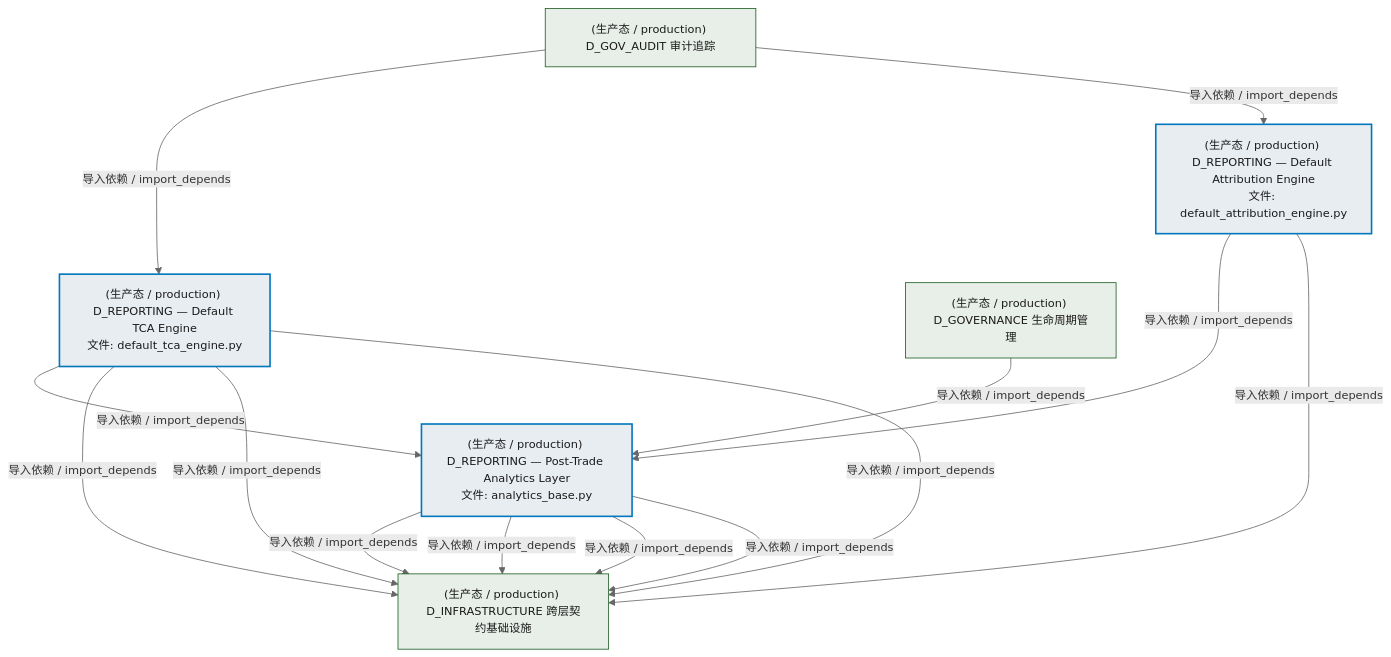
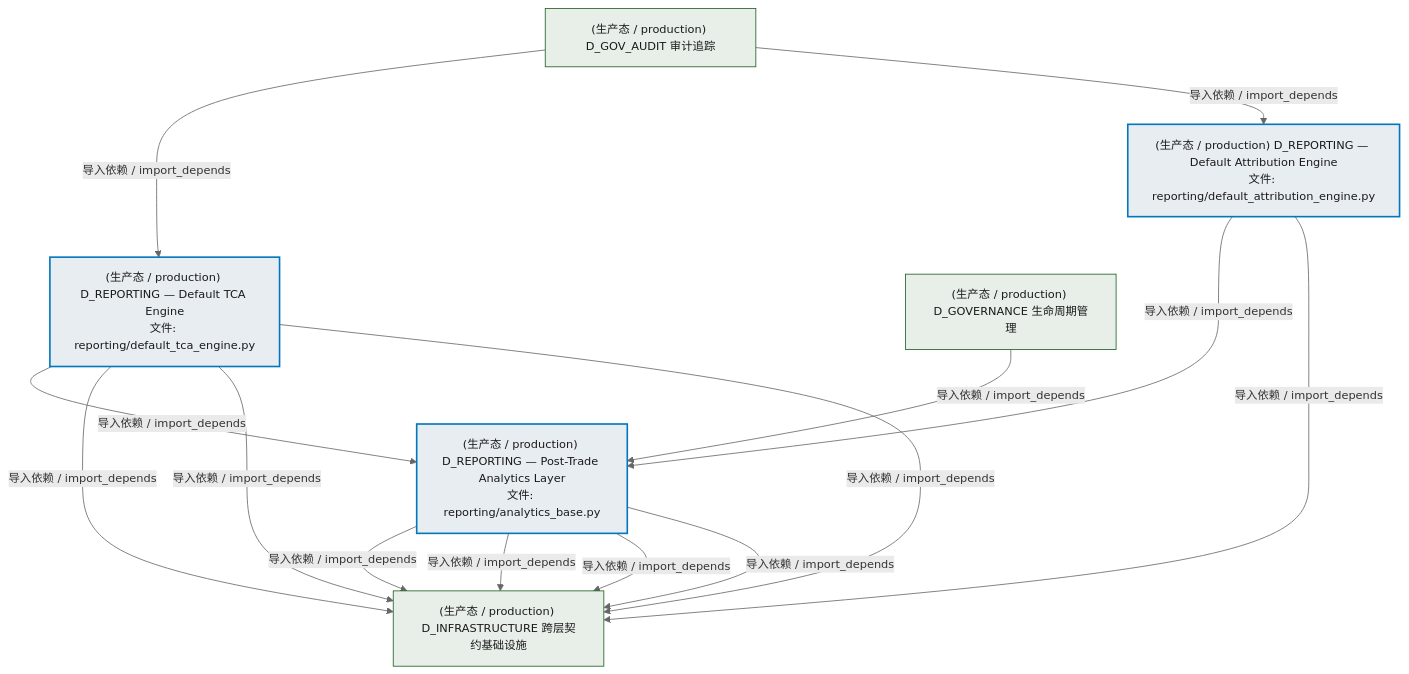
One commit to xuanFelixVan/ZephyrAlpha changed the second of 3 diagrams in docs/02_enterprise_architecture/02_domain_architecture_docs/26_d_reporting.md. Above: the diagram before and after it, drawn with Mermaid. The commit also changed other lines of this file and 63 other files, not shown here.

````diff
--- a/docs/02_enterprise_architecture/02_domain_architecture_docs/26_d_reporting.md
+++ b/docs/02_enterprise_architecture/02_domain_architecture_docs/26_d_reporting.md
@@ -98,30 +98,30 @@
 ```mermaid
 %%{init: {'theme': 'base', 'themeVariables': {'primaryColor': '#eaeaea', 'primaryTextColor': '#333333', 'primaryBorderColor': '#666666', 'lineColor': '#666666', 'secondaryColor': '#eaeaea', 'tertiaryColor': '#eaeaea', 'fontSize': '14px'}}}%%
 flowchart TD
-    src_zephyr_reporting_default_attribution_engine_py["(生产态 / production) D_REPORTING — Default Attribution Engine<br/>文件: default_attribution_engine.py"]
-    src_zephyr_reporting_default_tca_engine_py["(生产态 / production) D_REPORTING — Default TCA Engine<br/>文件: default_tca_engine.py"]
+    src_zephyr_reporting_default_attribution_engine_py["(生产态 / production) D_REPORTING — Default Attribution Engine<br/>文件: reporting/default_attribution_engine.py"]
+    src_zephyr_reporting_default_tca_engine_py["(生产态 / production) D_REPORTING — Default TCA Engine<br/>文件: reporting/default_tca_engine.py"]
     src_zephyr_reporting_default_attribution_engine_py ~~~ src_zephyr_reporting_default_tca_engine_py
-    src_zephyr_reporting_analytics_base_py["(生产态 / production) D_REPORTING — Post-Trade Analytics Layer<br/>文件: analytics_base.py"]
+    src_zephyr_reporting_analytics_base_py["(生产态 / production) D_REPORTING — Post-Trade Analytics Layer<br/>文件: reporting/analytics_base.py"]
     src_zephyr_reporting_default_tca_engine_py -->|导入依赖 / import_depends| src_zephyr_reporting_analytics_base_py
     src_zephyr_reporting_default_attribution_engine_py -->|导入依赖 / import_depends| src_zephyr_reporting_analytics_base_py
     D_INFRASTRUCTURE["(生产态 / production) D_INFRASTRUCTURE 跨层契约基础设施"]
     src_zephyr_reporting_default_tca_engine_py -->|导入依赖 / import_depends| D_INFRASTRUCTURE
     src_zephyr_reporting_analytics_base_py -->|导入依赖 / import_depends| D_INFRASTRUCTURE
     src_zephyr_reporting_default_tca_engine_py -->|导入依赖 / import_depends| D_INFRASTRUCTURE
     src_zephyr_reporting_analytics_base_py -->|导入依赖 / import_depends| D_INFRASTRUCTURE
     src_zephyr_reporting_analytics_base_py -->|导入依赖 / import_depends| D_INFRASTRUCTURE
     src_zephyr_reporting_analytics_base_py -->|导入依赖 / import_depends| D_INFRASTRUCTURE
     src_zephyr_reporting_default_attribution_engine_py -->|导入依赖 / import_depends| D_INFRASTRUCTURE
     src_zephyr_reporting_default_tca_engine_py -->|导入依赖 / import_depends| D_INFRASTRUCTURE
     D_GOV_AUDIT["(生产态 / production) D_GOV_AUDIT 审计追踪"]
     D_GOV_AUDIT -->|导入依赖 / import_depends| src_zephyr_reporting_default_tca_engine_py
     D_GOVERNANCE["(生产态 / production) D_GOVERNANCE 生命周期管理"]
     D_GOVERNANCE -->|导入依赖 / import_depends| src_zephyr_reporting_analytics_base_py
     D_GOV_AUDIT -->|导入依赖 / import_depends| src_zephyr_reporting_default_attribution_engine_py
     classDef production fill:#e8edf2,stroke:#0277bd,stroke-width:2px,color:#1a1a1a
     classDef design fill:#f0ebe3,stroke:#bf360c,stroke-width:2px,color:#1a1a1a,stroke-dasharray: 5 5
     classDef external_prod fill:#e8efe9,stroke:#1b5e20,stroke-width:1px,color:#1a1a1a
     classDef external_design fill:#efe5ea,stroke:#880e4f,stroke-width:1px,color:#1a1a1a,stroke-dasharray: 5 5
     class src_zephyr_reporting_analytics_base_py,src_zephyr_reporting_default_attribution_engine_py,src_zephyr_reporting_default_tca_engine_py production
     class D_INFRASTRUCTURE,D_GOV_AUDIT,D_GOVERNANCE external_prod
 ```
````
